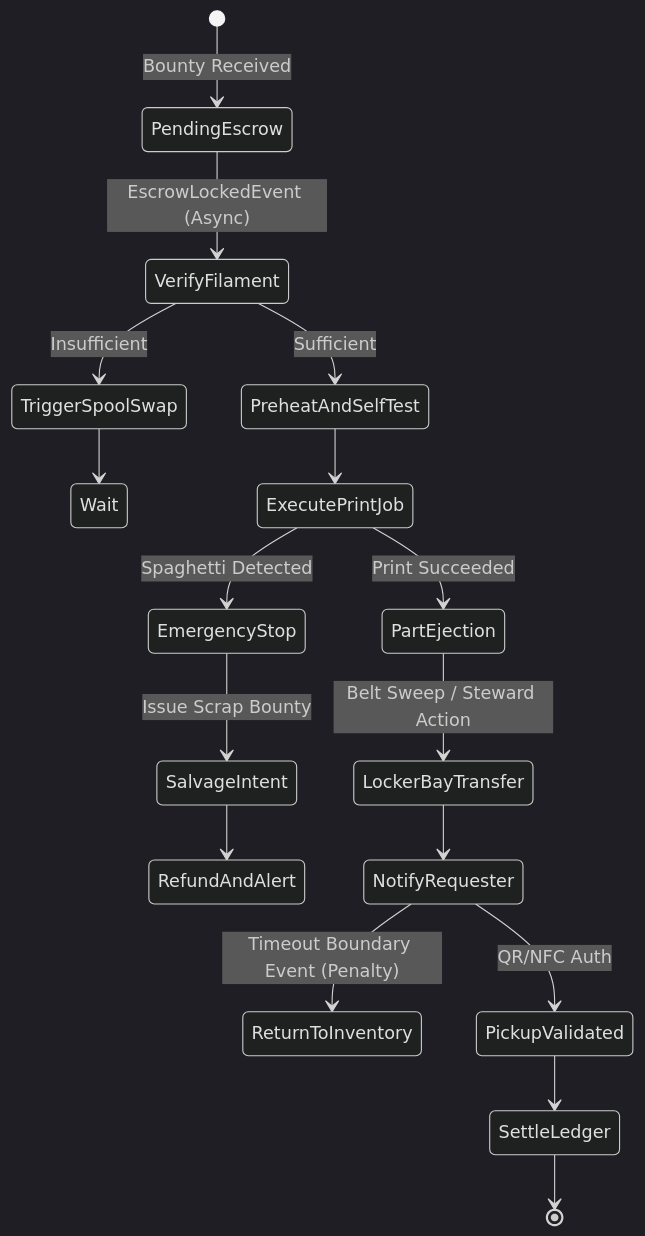
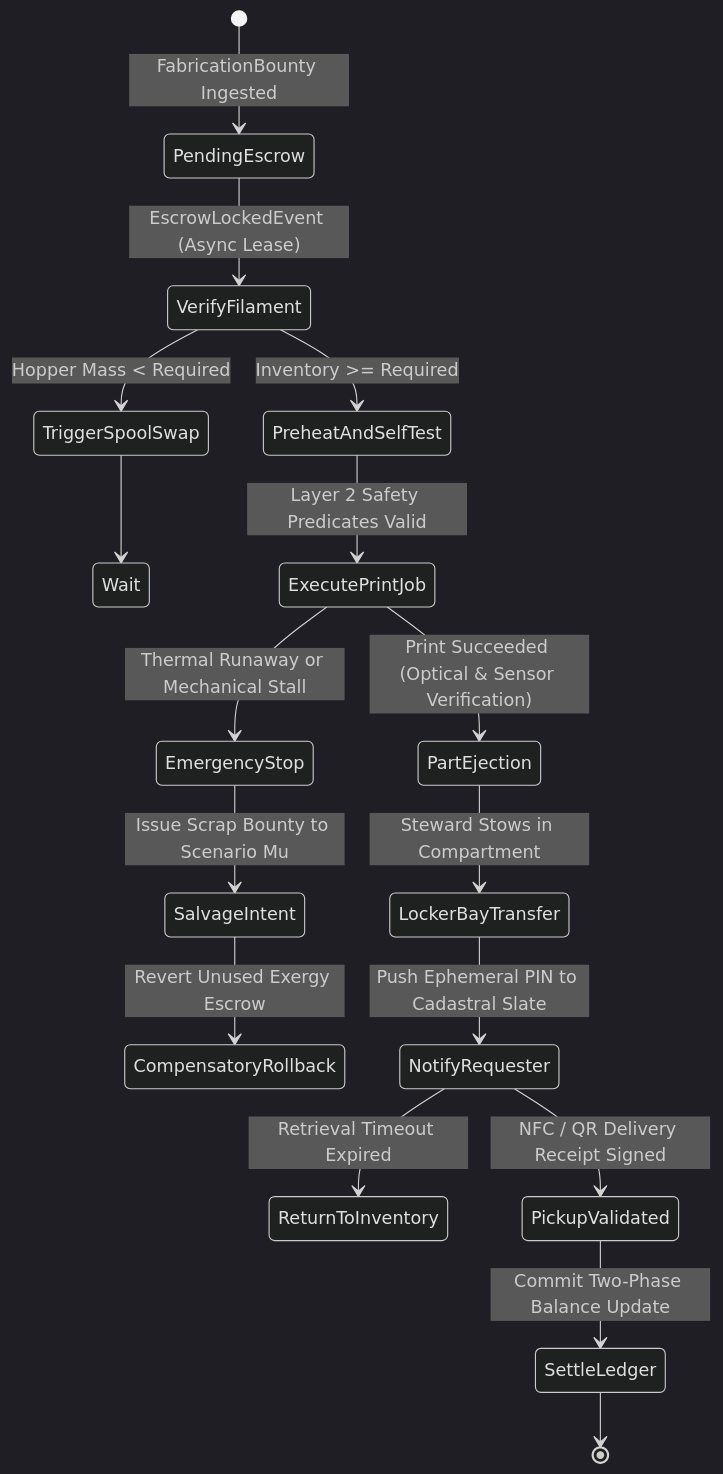
The second of 4 diagrams in docs/scenarios/alpha_fabrication.md (raffaine/collective), drawn with Mermaid (dark theme) before and after one commit. The commit also changed other lines of this file and 23 other files, not shown here.

````diff
--- a/docs/scenarios/alpha_fabrication.md
+++ b/docs/scenarios/alpha_fabrication.md
@@ -59,19 +97,19 @@
 ```mermaid
 stateDiagram-v2
-    [*] --> PendingEscrow: Bounty Received
-    PendingEscrow --> VerifyFilament: EscrowLockedEvent (Async)
-    VerifyFilament --> TriggerSpoolSwap: Insufficient
+    [*] --> PendingEscrow: FabricationBounty Ingested
+    PendingEscrow --> VerifyFilament: EscrowLockedEvent (Async Lease)
+    VerifyFilament --> TriggerSpoolSwap: Hopper Mass < Required
     TriggerSpoolSwap --> Wait
-    VerifyFilament --> PreheatAndSelfTest: Sufficient
-    PreheatAndSelfTest --> ExecutePrintJob
-    ExecutePrintJob --> EmergencyStop: Spaghetti Detected
-    EmergencyStop --> SalvageIntent: Issue Scrap Bounty
-    SalvageIntent --> RefundAndAlert
-    ExecutePrintJob --> PartEjection: Print Succeeded
-    PartEjection --> LockerBayTransfer: Belt Sweep / Steward Action
-    LockerBayTransfer --> NotifyRequester
-    NotifyRequester --> ReturnToInventory: Timeout Boundary Event (Penalty)
-    NotifyRequester --> PickupValidated: QR/NFC Auth
-    PickupValidated --> SettleLedger
+    VerifyFilament --> PreheatAndSelfTest: Inventory >= Required
+    PreheatAndSelfTest --> ExecutePrintJob: Layer 2 Safety Predicates Valid
+    ExecutePrintJob --> EmergencyStop: Thermal Runaway or Mechanical Stall
+    EmergencyStop --> SalvageIntent: Issue Scrap Bounty to Scenario Mu
+    SalvageIntent --> CompensatoryRollback: Revert Unused Exergy Escrow
+    ExecutePrintJob --> PartEjection: Print Succeeded (Optical & Sensor Verification)
+    PartEjection --> LockerBayTransfer: Steward Stows in Compartment
+    LockerBayTransfer --> NotifyRequester: Push Ephemeral PIN to Cadastral Slate
+    NotifyRequester --> ReturnToInventory: Retrieval Timeout Expired
+    NotifyRequester --> PickupValidated: NFC / QR Delivery Receipt Signed
+    PickupValidated --> SettleLedger: Commit Two-Phase Balance Update
     SettleLedger --> [*]
 ```
````
